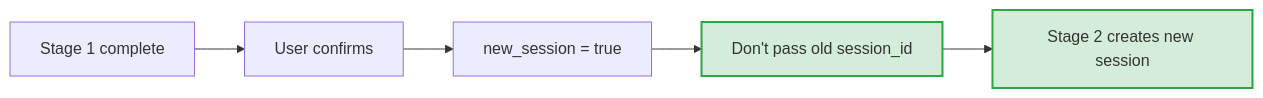
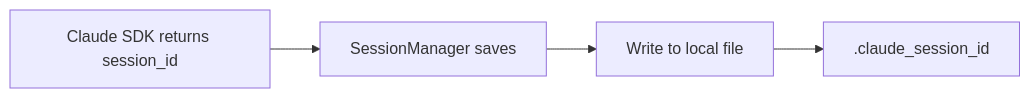
One commit to wecode-ai/Wegent changed the seventh of 8 diagrams in docs/en/features/task-restore.md. Above: the diagram before and after it, drawn with Mermaid. The commit also changed other lines of this file and 7 other files, not shown here.

````diff
--- a/docs/en/features/task-restore.md
+++ b/docs/en/features/task-restore.md
@@ -190,9 +221,6 @@
 ```mermaid
 flowchart LR
-    A[Stage 1 complete] --> B[User confirms]
-    B --> C[new_session = true]
-    C --> D[Don't pass old session_id]:::new
-    D --> E[Stage 2 creates new session]:::new
-
-    classDef new fill:#d4edda,stroke:#28a745,stroke-width:2px
+    A[Claude SDK returns session_id] --> B[SessionManager saves]
+    B --> C[Write to local file]
+    C --> D[.claude_session_id]
 ```
````
